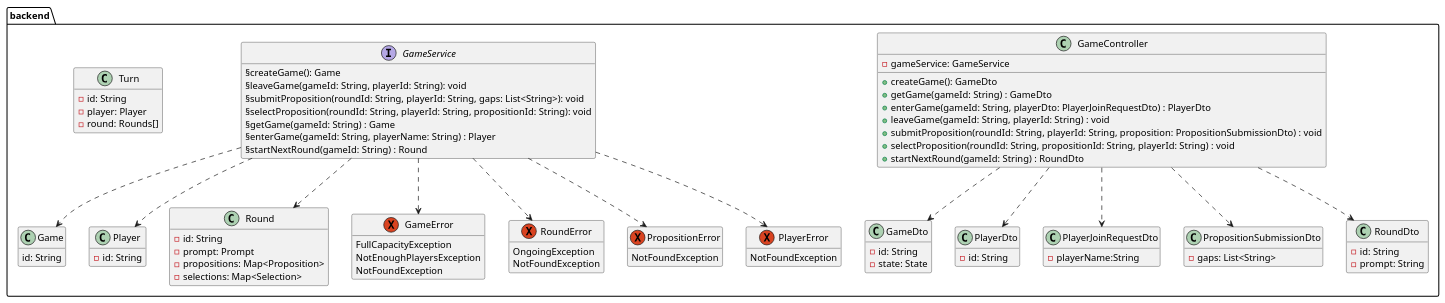
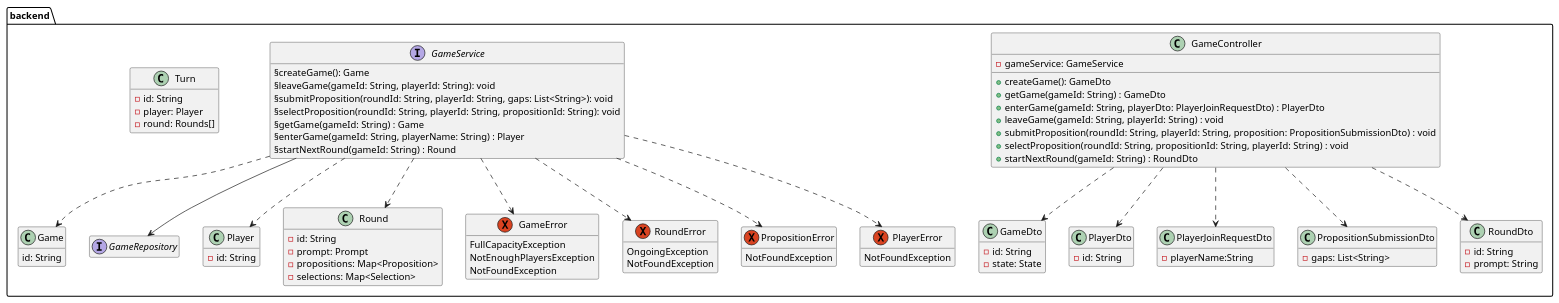
Before and after one commit to patrickwinti/worldwidewalter: the diagram in docs/diagrams/class_diagramm.plantuml, drawn with PlantUML. The commit also changed 1 other file, not shown here.

Commit message:
[WWW-64] update diagrams

```diff
--- a/docs/diagrams/class_diagramm.plantuml
+++ b/docs/diagrams/class_diagramm.plantuml
@@ -1,87 +1,89 @@
 @startuml
 package backend{
     hide empty members
     class GameController {
         -gameService: GameService
         +createGame(): GameDto
         +getGame(gameId: String) : GameDto
         +enterGame(gameId: String, playerDto: PlayerJoinRequestDto) : PlayerDto
         +leaveGame(gameId: String, playerId: String) : void
         +submitProposition(roundId: String, playerId: String, proposition: PropositionSubmissionDto) : void
         +selectProposition(roundId: String, propositionId: String, playerId: String) : void
         +startNextRound(gameId: String) : RoundDto
     }
     class GameDto {
         -id: String
         -state: State
     }
     class Game {
         id: String
     }
     interface GameService{
        §createGame(): Game
        §leaveGame(gameId: String, playerId: String): void
        §submitProposition(roundId: String, playerId: String, gaps: List<String>): void
        §selectProposition(roundId: String, playerId: String, propositionId: String): void
        §getGame(gameId: String) : Game
        §enterGame(gameId: String, playerName: String) : Player
        §startNextRound(gameId: String) : Round
     }
+    interface GameRepository
     class PlayerDto {
         -id: String
     }
     class PlayerJoinRequestDto {
         -playerName:String
     }
     class PropositionSubmissionDto {
         -gaps: List<String>
     }
     class RoundDto {
         -id: String
         -prompt: String
     }
     class Player {
         -id: String
     }
     class Turn {
         -id: String
         -player: Player
         -round: Rounds[]
     }
     class Round {
         -id: String
         -prompt: Prompt
         -propositions: Map<Proposition>
         -selections: Map<Selection>
     }
     exception GameError {
         FullCapacityException
         NotEnoughPlayersException
         NotFoundException
     }
     exception RoundError {
         OngoingException
         NotFoundException
     }
     exception PropositionError {
         NotFoundException
     }
     exception PlayerError {
         NotFoundException
     }
 
     GameController..>PlayerDto
     GameController..>PlayerJoinRequestDto
     GameController..>PropositionSubmissionDto
     GameController..>RoundDto
     GameController ..> GameDto
 
     GameService ..> Game
     GameService ..> Round
     GameService ..> Player
     GameService ..> GameError
     GameService ..> RoundError
     GameService ..> PlayerError
     GameService ..> PropositionError
+    GameService --> GameRepository
 }
 @enduml
```
